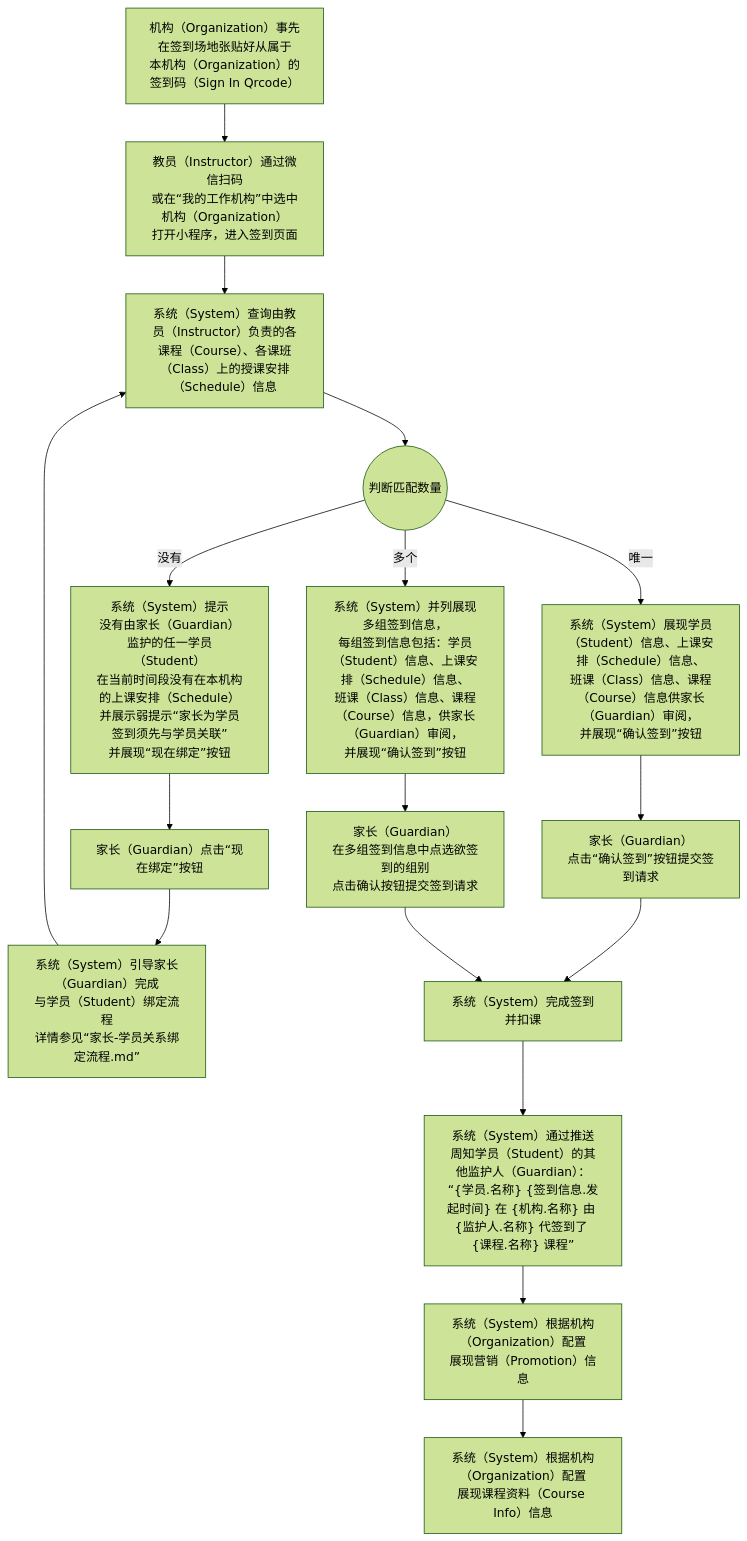
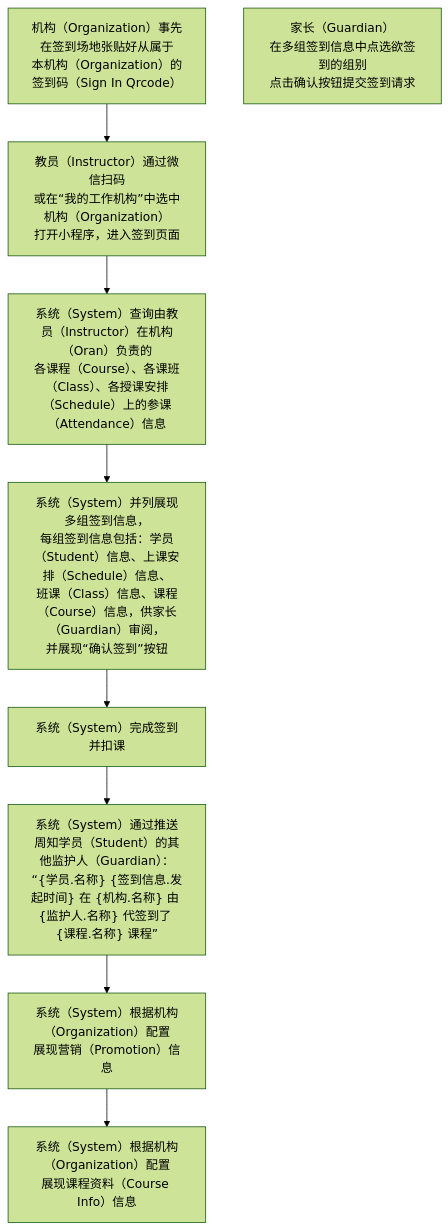
One commit to world-wide-web/sign changed the third of 3 diagrams in 用例/签到.md. Above: the diagram before and after it, drawn with Mermaid (forest theme). The commit also changed other lines of this file, not shown here.

Commit message:
用例/签到.md updated from https://stackedit.io/

````diff
--- a/用例/签到.md
+++ b/用例/签到.md
@@ -81,34 +81,19 @@
 ```mermaid
 graph TD
 A["<center>机构（Organization）事先在签到场地张贴好从属于<br>本机构（Organization）的签到码（Sign In Qrcode）</center>"]
 B["<center>教员（Instructor）通过微信扫码<br>或在“我的工作机构”中选中机构（Organization）<br>打开小程序，进入签到页面</center>"]
-C["<center>系统（System）查询由教员（Instructor）负责的各课程（Course）、各课班（Class）上的授课安排（Schedule）信息"]
-D(("<center>判断匹配数量</center>"))
-D0["<center>系统（System）提示<br>没有由家长（Guardian）监护的任一学员（Student）<br>在当前时间段没有在本机构的上课安排（Schedule）<br>并展示弱提示“家长为学员签到须先与学员关联”<br>并展现“现在绑定”按钮</center>"]
-D0A["<center>家长（Guardian）点击“现在绑定”按钮</center>"]
-D0B["<center>系统（System）引导家长（Guardian）完成<br>与学员（Student）绑定流程<br>详情参见“家长-学员关系绑定流程.md”</center>"]
-D1["<center>系统（System）展现学员（Student）信息、上课安排（Schedule）信息、<br>班课（Class）信息、课程（Course）信息供家长（Guardian）审阅，<br>并展现“确认签到”按钮</center>"]
-D1A["<center>家长（Guardian）<br>点击“确认签到”按钮提交签到请求</center>"]
-Dn["<center>系统（System）并列展现多组签到信息，<br>每组签到信息包括：学员（Student）信息、上课安排（Schedule）信息、<br>班课（Class）信息、课程（Course）信息，供家长（Guardian）审阅，<br>并展现“确认签到”按钮</center>"]
+C["<center>系统（System）查询由教员（Instructor）在机构（Oran）负责的<br>各课程（Course）、各课班（Class）、各授课安排（Schedule）上的参课（Attendance）信息"]
+D["<center>系统（System）并列展现多组签到信息，<br>每组签到信息包括：学员（Student）信息、上课安排（Schedule）信息、<br>班课（Class）信息、课程（Course）信息，供家长（Guardian）审阅，<br>并展现“确认签到”按钮</center>"]
 DnA["<center>家长（Guardian）<br>在多组签到信息中点选欲签到的组别<br>点击确认按钮提交签到请求</center>"]
 E["<center>系统（System）完成签到并扣课</center>"]
 F["<center>系统（System）通过推送周知学员（Student）的其他监护人（Guardian）：<br>“{学员.名称} {签到信息.发起时间} 在 {机构.名称} 由 {监护人.名称} 代签到了 {课程.名称} 课程”</center>"]
 G["<center>系统（System）根据机构（Organization）配置<br>展现营销（Promotion）信息</center>"]
 H["<center>系统（System）根据机构（Organization）配置<br>展现课程资料（Course Info）信息</center>"]
 A-->B
 B-->C
 C-->D
-D--没有-->D0
-D0-->D0A
-D0A-->D0B
-D0B-->C
-D--唯一-->D1
-D1-->D1A
-D1A-->E
-D--多个-->Dn
-Dn-->DnA
-DnA-->E
+D-->E
 E-->F
 F-->G
 G-->H
 ```
````
